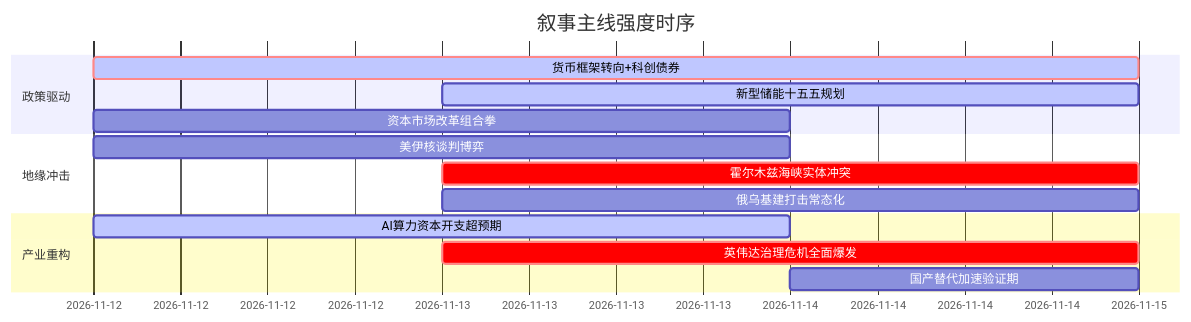
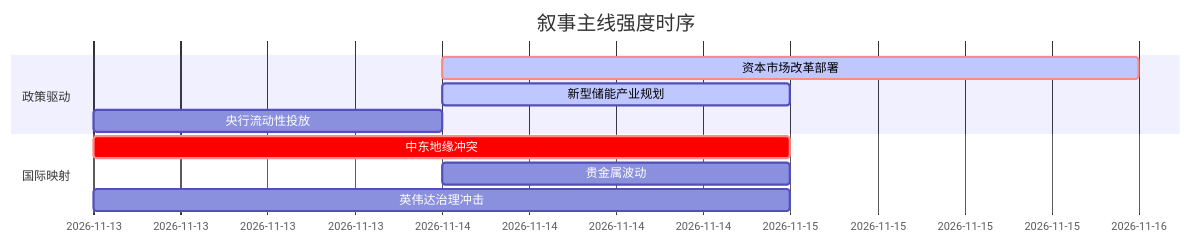
The diagram in 5day_report.md (uu5zn/uu5zn.github.io), drawn with Mermaid before and after one commit. The commit also changed other lines of this file and 4 other files, not shown here.

````diff
--- a/5day_report.md
+++ b/5day_report.md
@@ -56,19 +54,14 @@
 ```mermaid
 gantt
     title 叙事主线强度时序
     dateFormat  YYYY-MM-DD
     section 政策驱动
-    货币框架转向+科创债券   :crit, active, 2026-11-12, 3d
-    新型储能十五五规划       :active, 2026-11-13, 2d
-    资本市场改革组合拳       :2026-11-12, 2d
-    
-    section 地缘冲击
-    美伊核谈判博弈           :2026-11-12, 2d
-    霍尔木兹海峡实体冲突       :crit, 2026-11-13, 2d
-    俄乌基建打击常态化        :2026-11-13, 2d
-    
-    section 产业重构
-    AI算力资本开支超预期      :active, 2026-11-12, 2d
-    英伟达治理危机全面爆发    :crit, 2026-11-13, 2d
-    国产替代加速验证期        :2026-11-14, 1d
+    资本市场改革部署   :crit, active, 2026-11-14, 2d
+    新型储能产业规划   :active, 2026-11-14, 1d
+    央行流动性投放     :2026-11-13, 1d
+
+    section 国际映射
+    中东地缘冲突      :crit, 2026-11-13, 2d
+    贵金属波动        :2026-11-14, 1d
+    英伟达治理冲击    :2026-11-13, 2d
 ```
````
